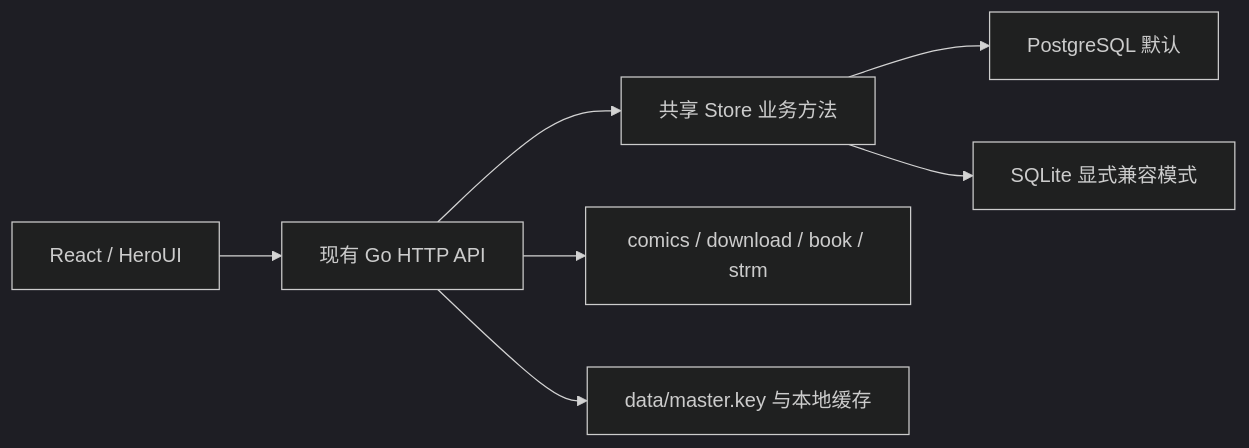
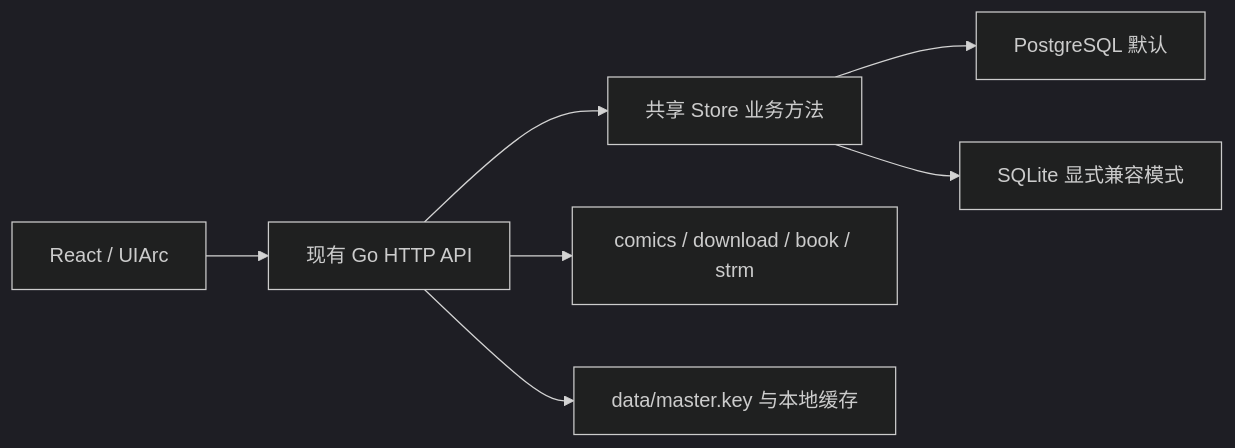
Before and after one commit to a3318375/mediahub: the first of 2 diagrams in docs/postgresql-design.md, drawn with Mermaid (dark theme). The commit also changed 253 other files, not shown here.

````diff
--- a/docs/postgresql-design.md
+++ b/docs/postgresql-design.md
@@ -11,9 +11,9 @@
 ```mermaid
 flowchart LR
-  UI[React / HeroUI] --> API[现有 Go HTTP API]
+  UI[React / UIArc] --> API[现有 Go HTTP API]
   API --> Store[共享 Store 业务方法]
   Store --> PG[PostgreSQL 默认]
   Store --> SQ[SQLite 显式兼容模式]
   API --> Files[comics / download / book / strm]
   API --> Local[data/master.key 与本地缓存]
 ```
````
